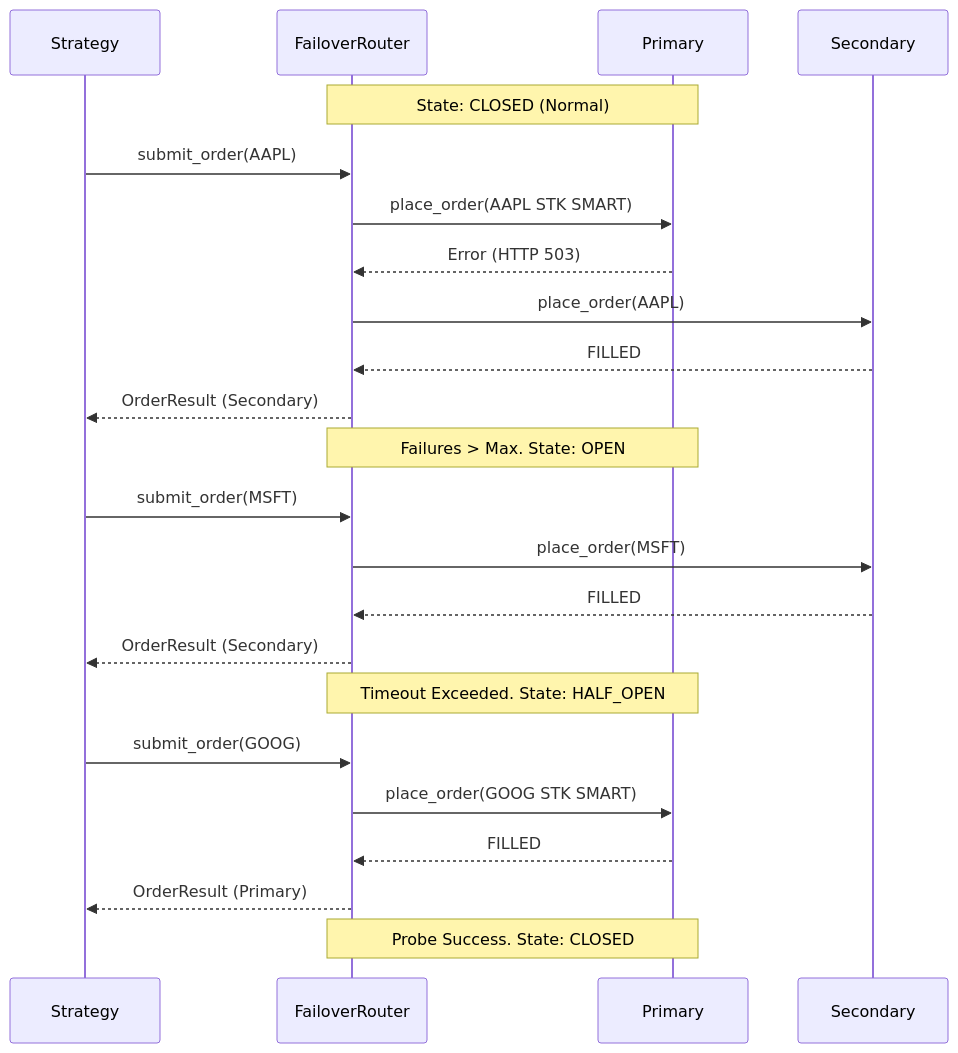
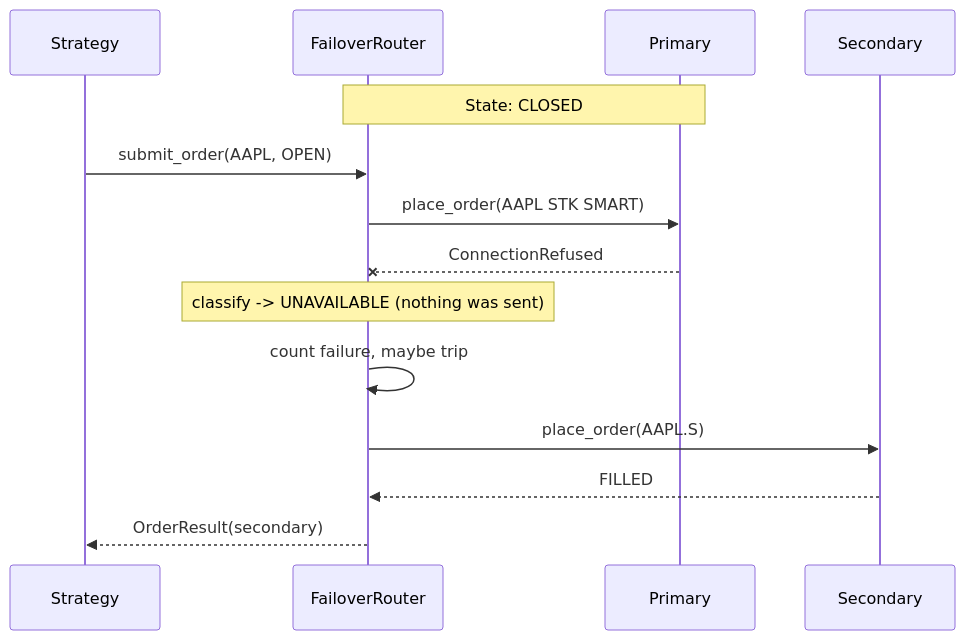
The first of 5 diagrams in skills/broker-failover-secondary-account-routing/references/workflows.md (HimanshuJ16/Algo-Trading-Skills), drawn with Mermaid before and after one commit. The commit also changed other lines of this file and 30 other files, not shown here.

````diff
--- a/skills/broker-failover-secondary-account-routing/references/workflows.md
+++ b/skills/broker-failover-secondary-account-routing/references/workflows.md
@@ -3,28 +14,17 @@
 ```mermaid
 sequenceDiagram
     participant Strategy
     participant Router as FailoverRouter
     participant Primary
     participant Secondary
 
-    Note over Router, Primary: State: CLOSED (Normal)
-    Strategy->>Router: submit_order(AAPL)
+    Note over Router,Primary: State: CLOSED
+    Strategy->>Router: submit_order(AAPL, OPEN)
     Router->>Primary: place_order(AAPL STK SMART)
-    Primary-->>Router: Error (HTTP 503)
-    Router->>Secondary: place_order(AAPL)
+    Primary--xRouter: ConnectionRefused
+    Note over Router: classify -> UNAVAILABLE (nothing was sent)
+    Router->>Router: count failure, maybe trip
+    Router->>Secondary: place_order(AAPL.S)
     Secondary-->>Router: FILLED
-    Router-->>Strategy: OrderResult (Secondary)
-
-    Note over Router, Primary: Failures > Max. State: OPEN
-    Strategy->>Router: submit_order(MSFT)
-    Router->>Secondary: place_order(MSFT)
-    Secondary-->>Router: FILLED
-    Router-->>Strategy: OrderResult (Secondary)
-
-    Note over Router, Primary: Timeout Exceeded. State: HALF_OPEN
-    Strategy->>Router: submit_order(GOOG)
-    Router->>Primary: place_order(GOOG STK SMART)
-    Primary-->>Router: FILLED
-    Router-->>Strategy: OrderResult (Primary)
-    Note over Router, Primary: Probe Success. State: CLOSED
+    Router-->>Strategy: OrderResult(secondary)
 ```
````
